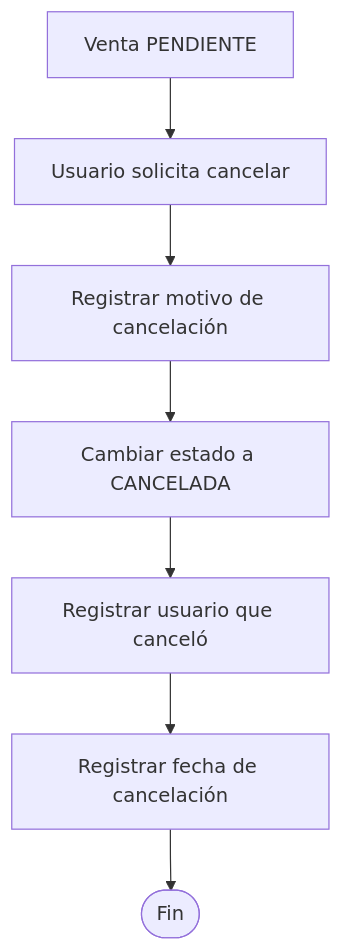
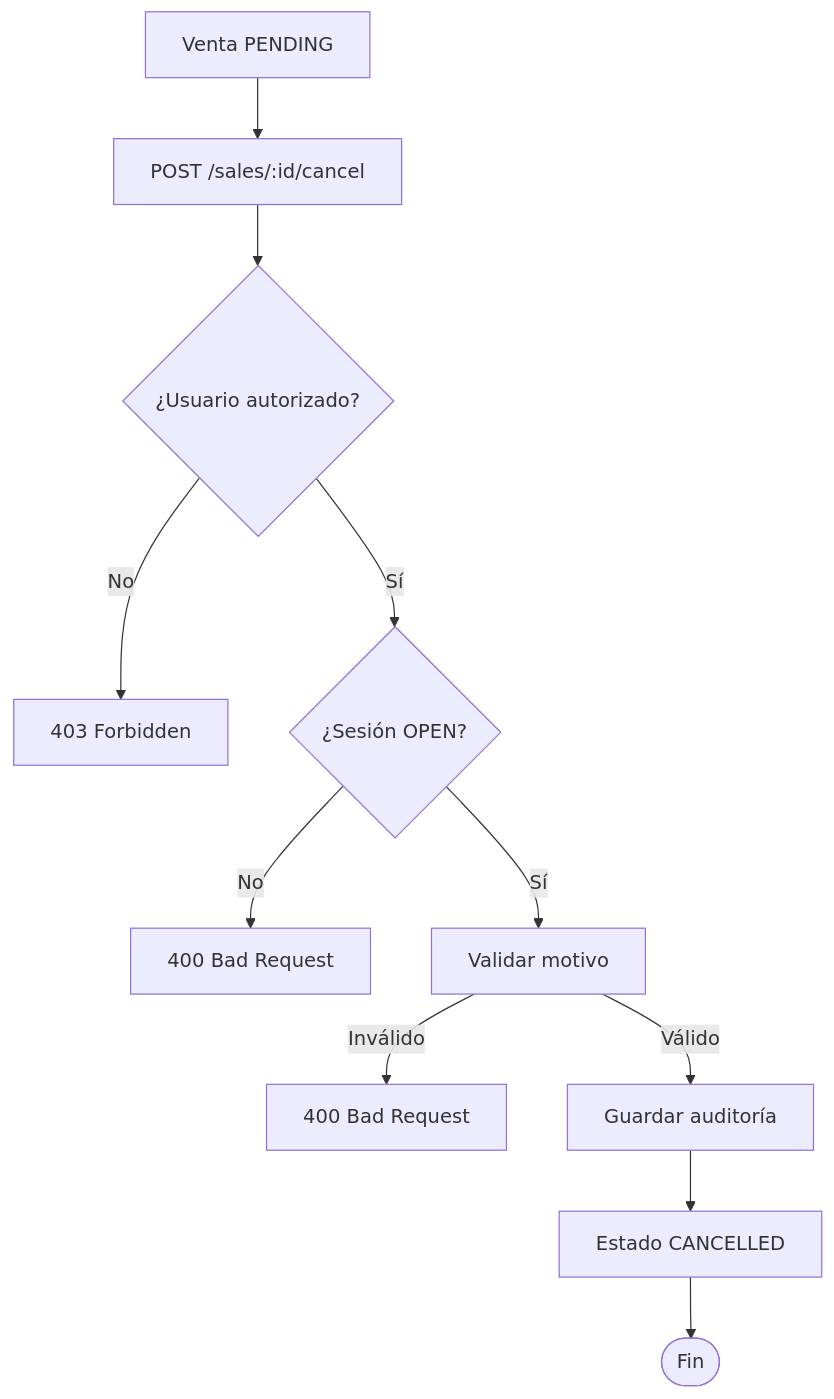
Before and after one commit to Cydonian10/TiendaApi: the second of 3 diagrams in docs/ventas/cancelar-venta.md, drawn with Mermaid. The commit also changed other lines of this file and 1 other file, not shown here.

````diff
--- a/docs/ventas/cancelar-venta.md
+++ b/docs/ventas/cancelar-venta.md
@@ -92,9 +74,13 @@
 ```mermaid
 flowchart TD
-    A[Venta PENDIENTE] --> B[Usuario solicita cancelar]
-    B --> C[Registrar motivo de cancelación]
-    C --> D[Cambiar estado a CANCELADA]
-    D --> E[Registrar usuario que canceló]
-    E --> F[Registrar fecha de cancelación]
-    F --> G([Fin])
+    A[Venta PENDING] --> B[POST /sales/:id/cancel]
+    B --> C{¿Usuario autorizado?}
+    C -- No --> D[403 Forbidden]
+    C -- Sí --> E{¿Sesión OPEN?}
+    E -- No --> F[400 Bad Request]
+    E -- Sí --> G[Validar motivo]
+    G -- Inválido --> H[400 Bad Request]
+    G -- Válido --> I[Guardar auditoría]
+    I --> J[Estado CANCELLED]
+    J --> K([Fin])
 ```
````
